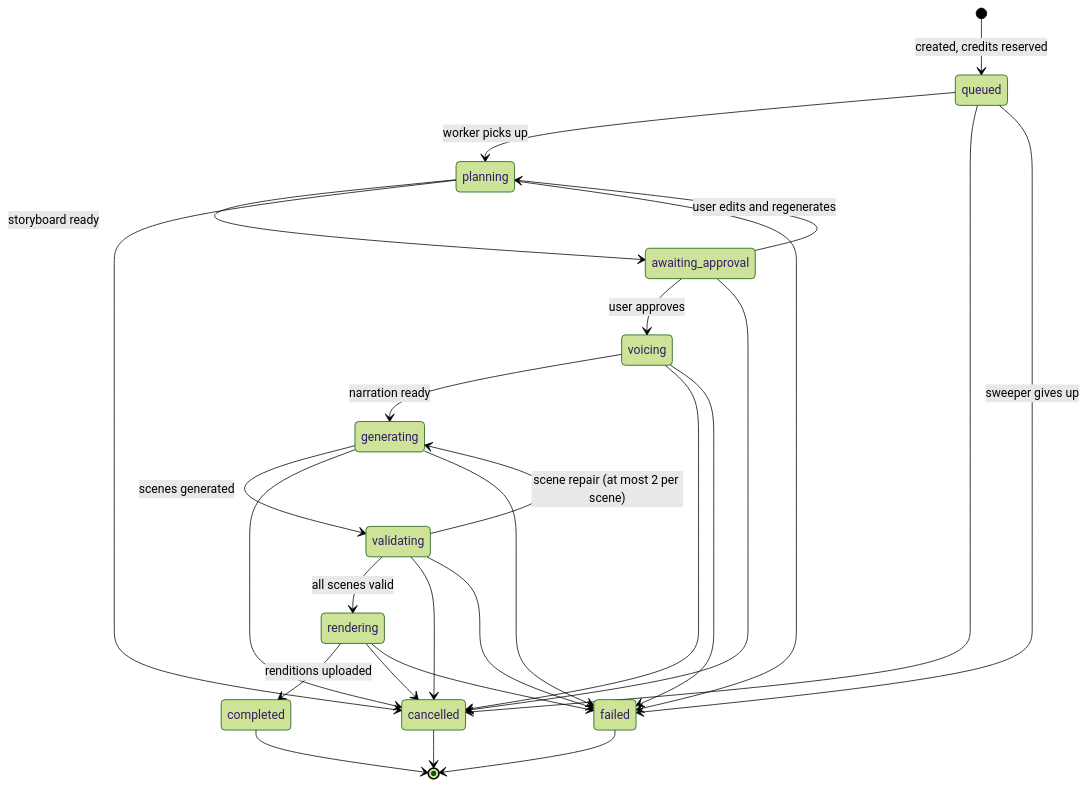
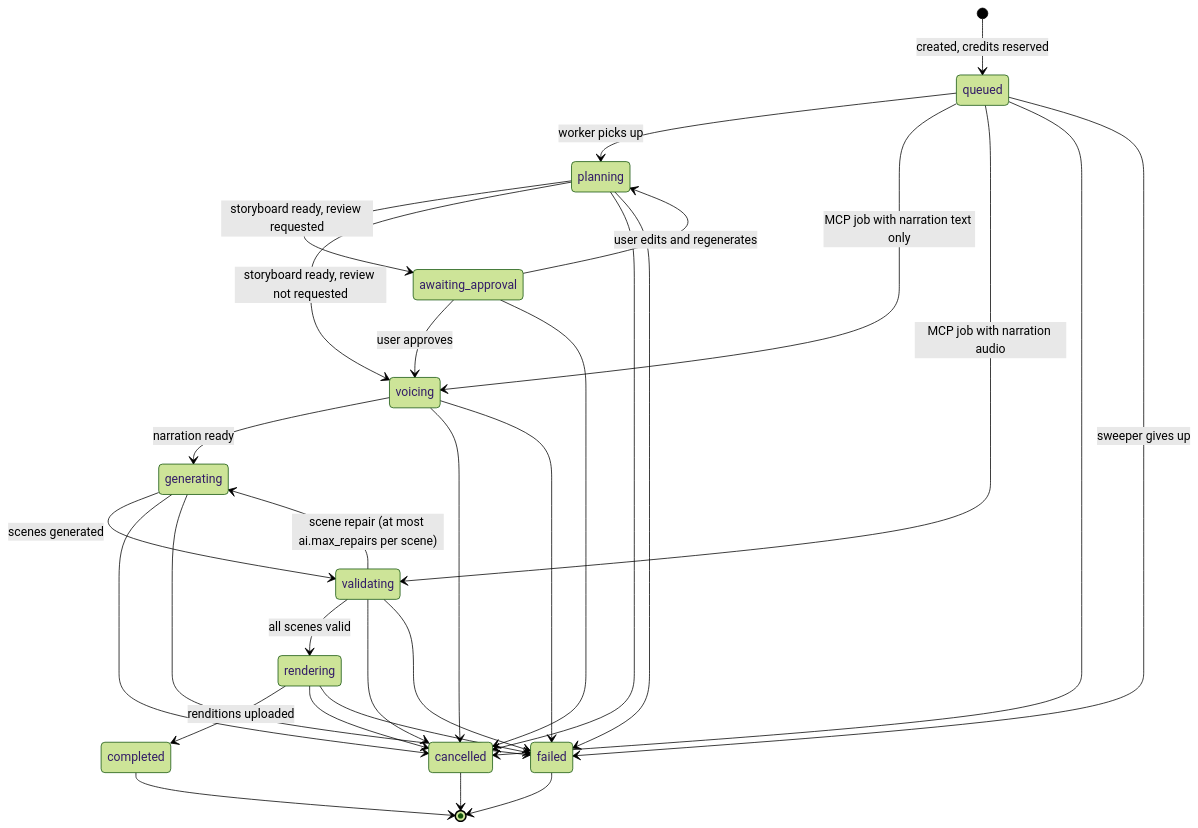
The second of 15 diagrams in docs/db/state-machines.md (The-GenAI-Labs/motionile), drawn with Mermaid (forest theme) before and after one commit. The commit also changed other lines of this file and 18 other files, not shown here.

Commit message:
feat(db): add the generation, prompts and skills tables with the LangGraph checkpointer schema

````diff
--- a/docs/db/state-machines.md
+++ b/docs/db/state-machines.md
@@ -27,29 +27,32 @@
 ```mermaid
 stateDiagram-v2
     [*] --> queued: created, credits reserved
     queued --> planning: worker picks up
-    planning --> awaiting_approval: storyboard ready
+    queued --> voicing: MCP job with narration text only
+    queued --> validating: MCP job with narration audio
+    planning --> awaiting_approval: storyboard ready, review requested
+    planning --> voicing: storyboard ready, review not requested
     awaiting_approval --> planning: user edits and regenerates
     awaiting_approval --> voicing: user approves
     voicing --> generating: narration ready
     generating --> validating: scenes generated
-    validating --> generating: scene repair (at most 2 per scene)
+    validating --> generating: scene repair (at most ai.max_repairs per scene)
     validating --> rendering: all scenes valid
     rendering --> completed: renditions uploaded
     queued --> cancelled
     planning --> cancelled
     awaiting_approval --> cancelled
     voicing --> cancelled
     generating --> cancelled
     validating --> cancelled
     rendering --> cancelled
     planning --> failed
     voicing --> failed
     generating --> failed
     validating --> failed
     rendering --> failed
     queued --> failed: sweeper gives up
     completed --> [*]
     failed --> [*]
     cancelled --> [*]
 ```
````
